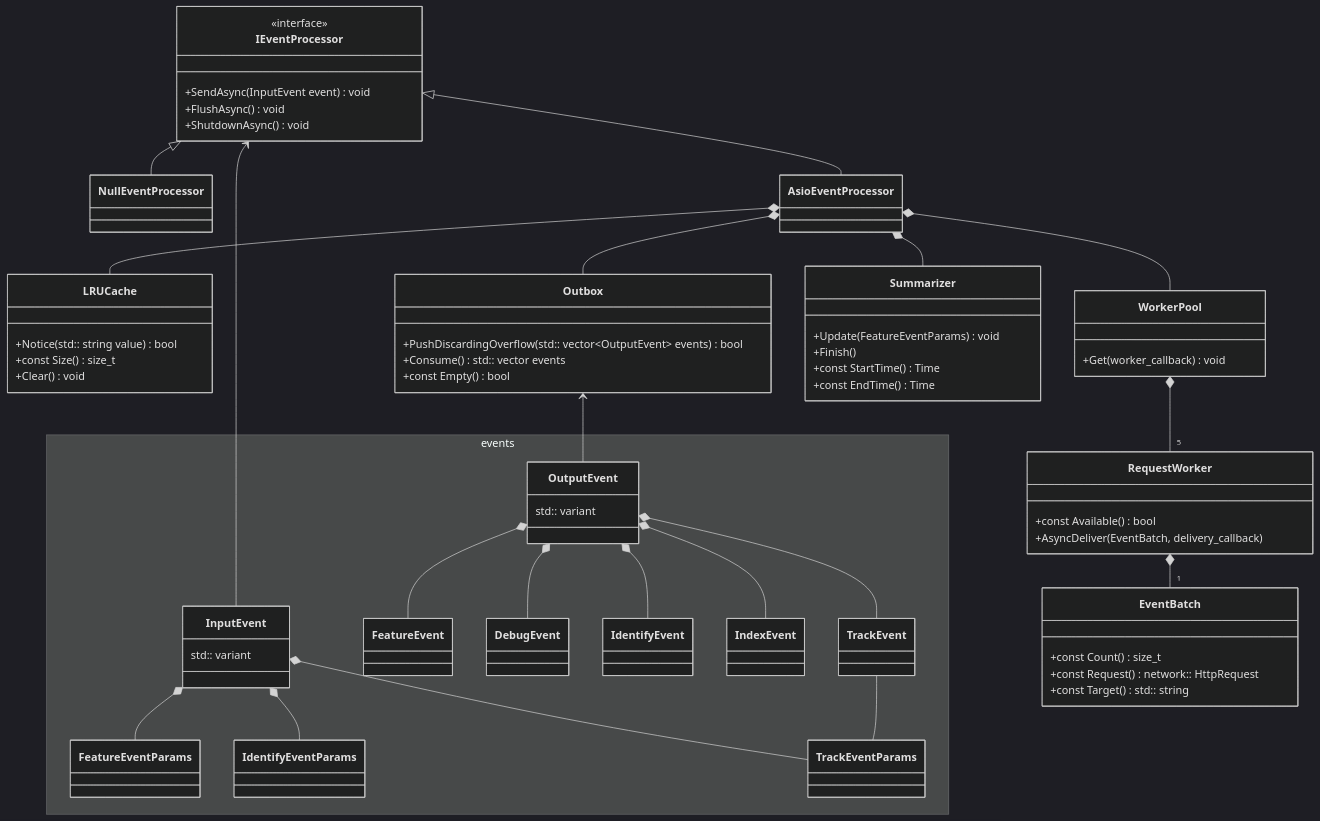
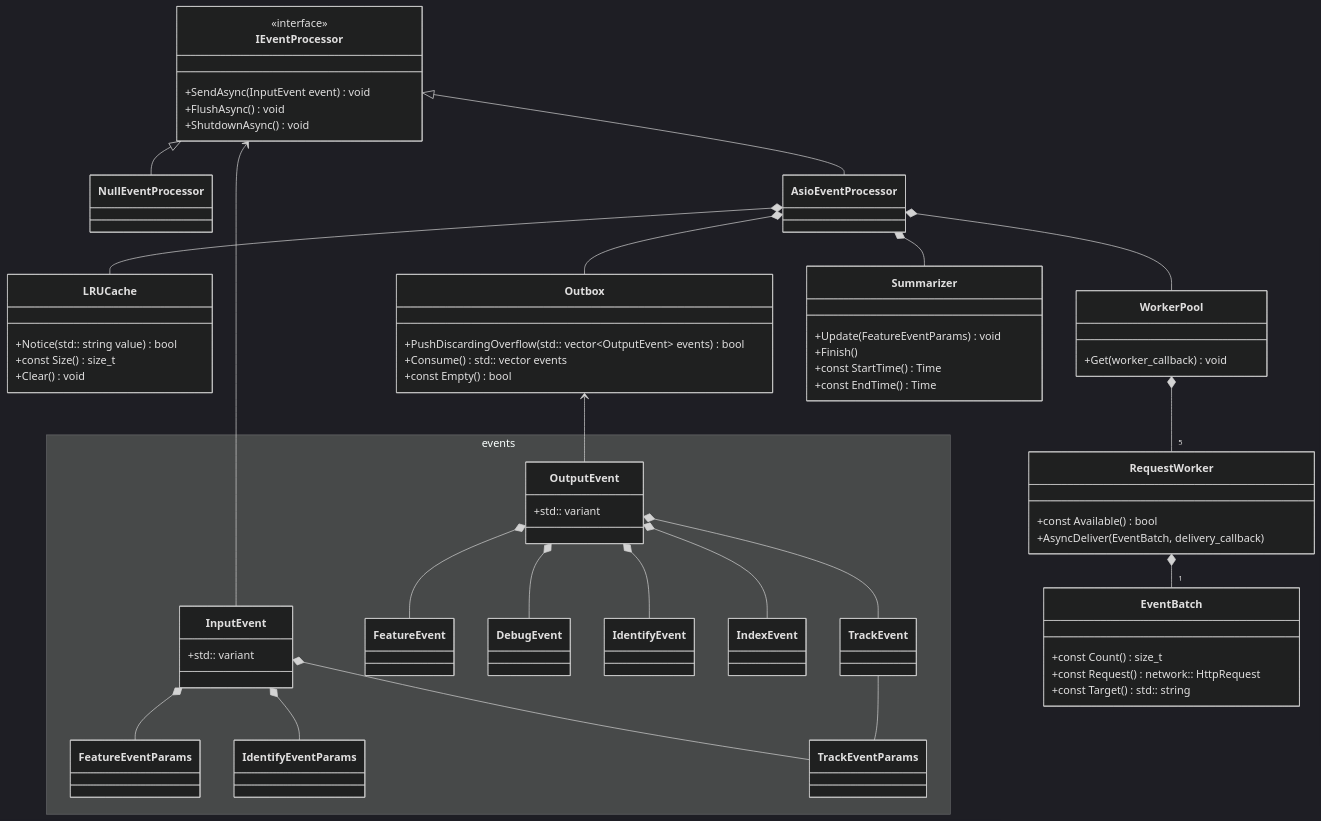
One commit to launchdarkly/cpp-sdks changed the diagram in architecture/event_processor.md. Above: the diagram before and after it, drawn with Mermaid (dark theme).

Commit message:
formatting

````diff
--- a/architecture/event_processor.md
+++ b/architecture/event_processor.md
@@ -6,5 +6,4 @@
 ```mermaid
-
 classDiagram
     IEventProcessor <|-- NullEventProcessor
     IEventProcessor <|-- AsioEventProcessor
@@ -69,12 +68,12 @@
 
     namespace events {
         class InputEvent {
-            std:: variant
+            +std:: variant
         }
 
 
         class OutputEvent {
-            std:: variant
+            +std:: variant
         }
 
         class FeatureEventParams
@@ -89,9 +88,6 @@
         class IndexEvent
 
         class TrackEvent
-
-
-
     }
 
 
@@ -110,6 +106,4 @@
 
     IEventProcessor <-- InputEvent
     Outbox <-- OutputEvent
-
-
 ```
````
